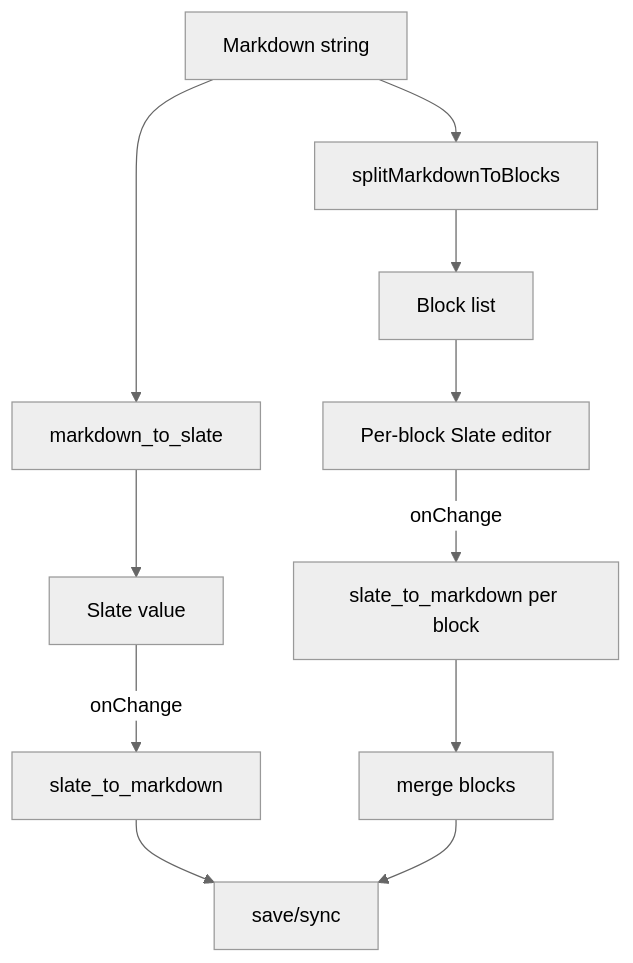
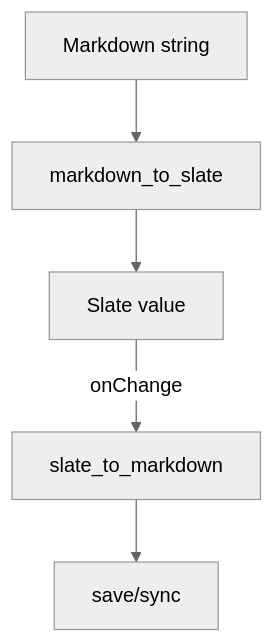
Before and after one commit to sagemathinc/cocalc-ai: the diagram in src/packages/frontend/editors/slate/README.md, drawn with Mermaid (neutral theme). The commit also changed other lines of this file and 38 other files, not shown here.

First line of the commit message:
frontend/slate: remove disabled markdown block mode

````diff
--- a/src/packages/frontend/editors/slate/README.md
+++ b/src/packages/frontend/editors/slate/README.md
@@ -80,14 +47,7 @@
 ```mermaid
 flowchart TD
   A[Markdown string] --> B[markdown_to_slate]
   B --> C[Slate value]
   C -->|onChange| D[slate_to_markdown]
   D --> E[save/sync]
-
-  A --> F[splitMarkdownToBlocks]
-  F --> G[Block list]
-  G --> H[Per-block Slate editor]
-  H -->|onChange| I[slate_to_markdown per block]
-  I --> J[merge blocks]
-  J --> E
 ```
````
